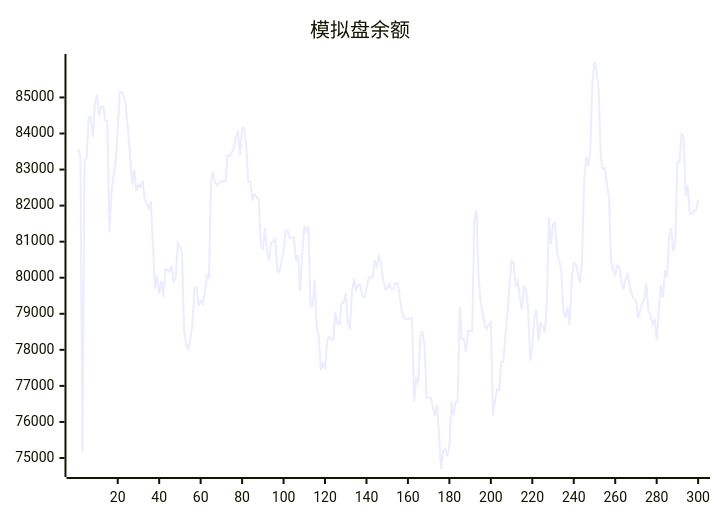
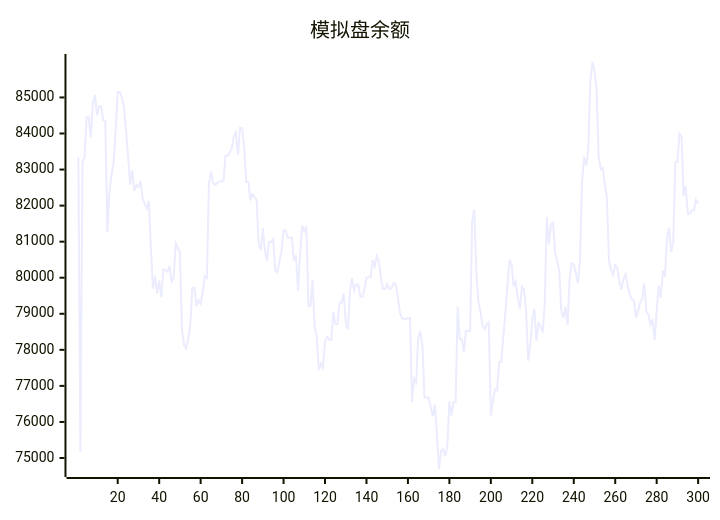
Before and after one commit to aahl/ai-trading: the diagram in README.md, drawn with Mermaid. The commit also changed other lines of this file and 1 other file, not shown here.

````diff
--- a/README.md
+++ b/README.md
@@ -5,5 +5,5 @@
 ```mermaid
 xychart
     title "模拟盘余额"
-    line [83567,83342,75168,83222,83336,84448,84449,83896,84839,85065,84499,84757,84757,84364,84347,81254,82385,82835,83184,84099,85150,85150,85002,84751,84096,83356,82582,82983,82404,82572,82512,82688,82200,82047,81920,82125,80840,79688,80060,79552,79920,79470,80236,80208,80170,80336,79894,80006,80954,80837,80712,78561,78139,78037,78293,78682,79720,79720,79214,79372,79279,79591,80046,79993,82625,82950,82626,82571,82633,82670,82670,82681,83386,83378,83464,83579,83920,84037,83402,84160,84142,83652,82655,82655,82145,82315,82243,82163,80934,80770,81371,80742,80468,80989,80989,81067,80191,80155,80450,80737,81309,81309,81106,81119,81119,80471,80631,79624,80670,81448,81290,81429,79212,79222,79940,78643,78380,77432,77623,77504,78235,78358,78284,78277,79048,78714,78714,79290,79308,79567,78763,78563,79603,79988,79652,79813,79813,79476,79469,79673,79995,80015,80015,80486,80314,80600,80436,79966,79689,79689,79819,79692,79692,79850,79850,79518,79071,78889,78850,78850,78878,78878,76554,77202,77103,78357,78510,78106,76678,76677,76672,76411,76159,76485,75656,74695,75197,75246,75052,75334,76564,76179,76553,76551,79196,78300,78300,77944,78531,78531,78521,81564,81884,80160,79335,79055,78675,78580,78708,78764,76179,76586,76902,76876,77658,77669,78346,79023,79769,80497,80366,79761,79896,79448,79126,79749,79658,79097,77695,78114,78888,79126,78249,78738,78653,78478,79271,81680,80923,81488,81527,80681,80455,80190,79084,78879,79193,78686,79954,80403,80374,80118,79848,80491,82665,83351,83098,83525,85430,85983,85737,85221,83378,83014,83043,82613,82216,80477,80208,80081,80348,80277,79894,79670,79965,80093,79786,79542,79406,79371,78893,79087,79304,79406,79841,79072,78978,78696,78846,78272,79085,79787,79442,80198,80031,81120,81379,80718,80985,83214,83212,83993,83921,82270,82547,81776,81776,81866,81866,82158]
+    line [83342,75168,83222,83336,84448,84449,83896,84839,85065,84499,84757,84757,84364,84347,81254,82385,82835,83184,84099,85150,85150,85002,84751,84096,83356,82582,82983,82404,82572,82512,82688,82200,82047,81920,82125,80840,79688,80060,79552,79920,79470,80236,80208,80170,80336,79894,80006,80954,80837,80712,78561,78139,78037,78293,78682,79720,79720,79214,79372,79279,79591,80046,79993,82625,82950,82626,82571,82633,82670,82670,82681,83386,83378,83464,83579,83920,84037,83402,84160,84142,83652,82655,82655,82145,82315,82243,82163,80934,80770,81371,80742,80468,80989,80989,81067,80191,80155,80450,80737,81309,81309,81106,81119,81119,80471,80631,79624,80670,81448,81290,81429,79212,79222,79940,78643,78380,77432,77623,77504,78235,78358,78284,78277,79048,78714,78714,79290,79308,79567,78763,78563,79603,79988,79652,79813,79813,79476,79469,79673,79995,80015,80015,80486,80314,80600,80436,79966,79689,79689,79819,79692,79692,79850,79850,79518,79071,78889,78850,78850,78878,78878,76554,77202,77103,78357,78510,78106,76678,76677,76672,76411,76159,76485,75656,74695,75197,75246,75052,75334,76564,76179,76553,76551,79196,78300,78300,77944,78531,78531,78521,81564,81884,80160,79335,79055,78675,78580,78708,78764,76179,76586,76902,76876,77658,77669,78346,79023,79769,80497,80366,79761,79896,79448,79126,79749,79658,79097,77695,78114,78888,79126,78249,78738,78653,78478,79271,81680,80923,81488,81527,80681,80455,80190,79084,78879,79193,78686,79954,80403,80374,80118,79848,80491,82665,83351,83098,83525,85430,85983,85737,85221,83378,83014,83043,82613,82216,80477,80208,80081,80348,80277,79894,79670,79965,80093,79786,79542,79406,79371,78893,79087,79304,79406,79841,79072,78978,78696,78846,78272,79085,79787,79442,80198,80031,81120,81379,80718,80985,83214,83212,83993,83921,82270,82547,81776,81776,81866,81866,82158,82061]
 ```
````
